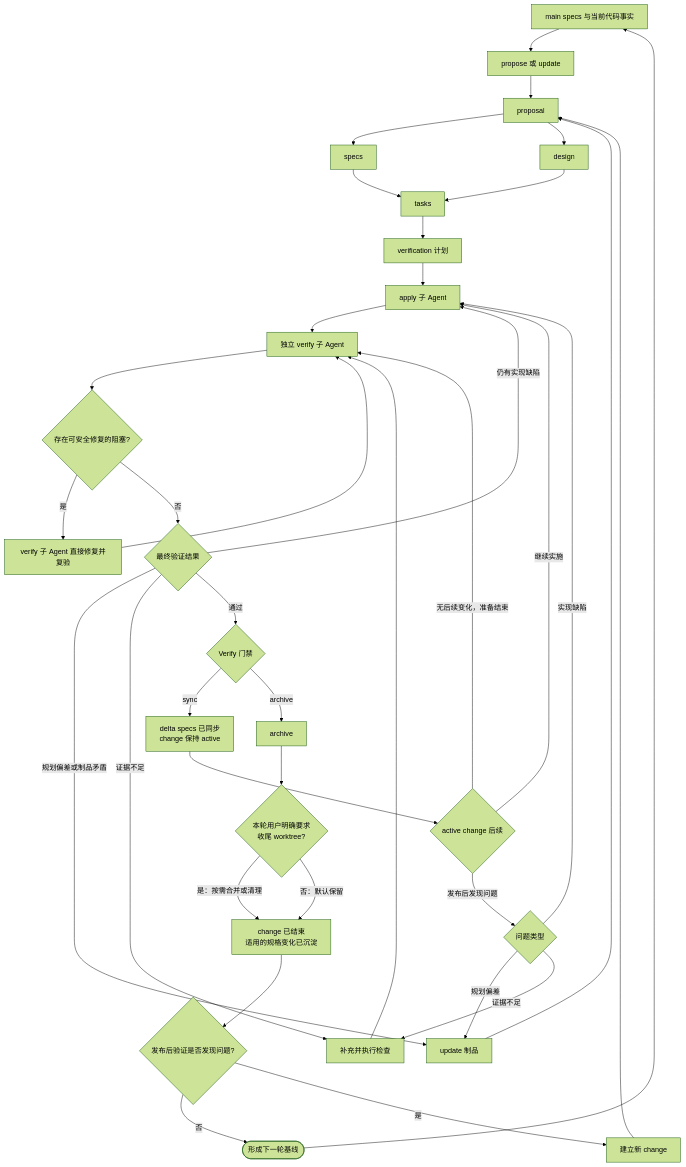
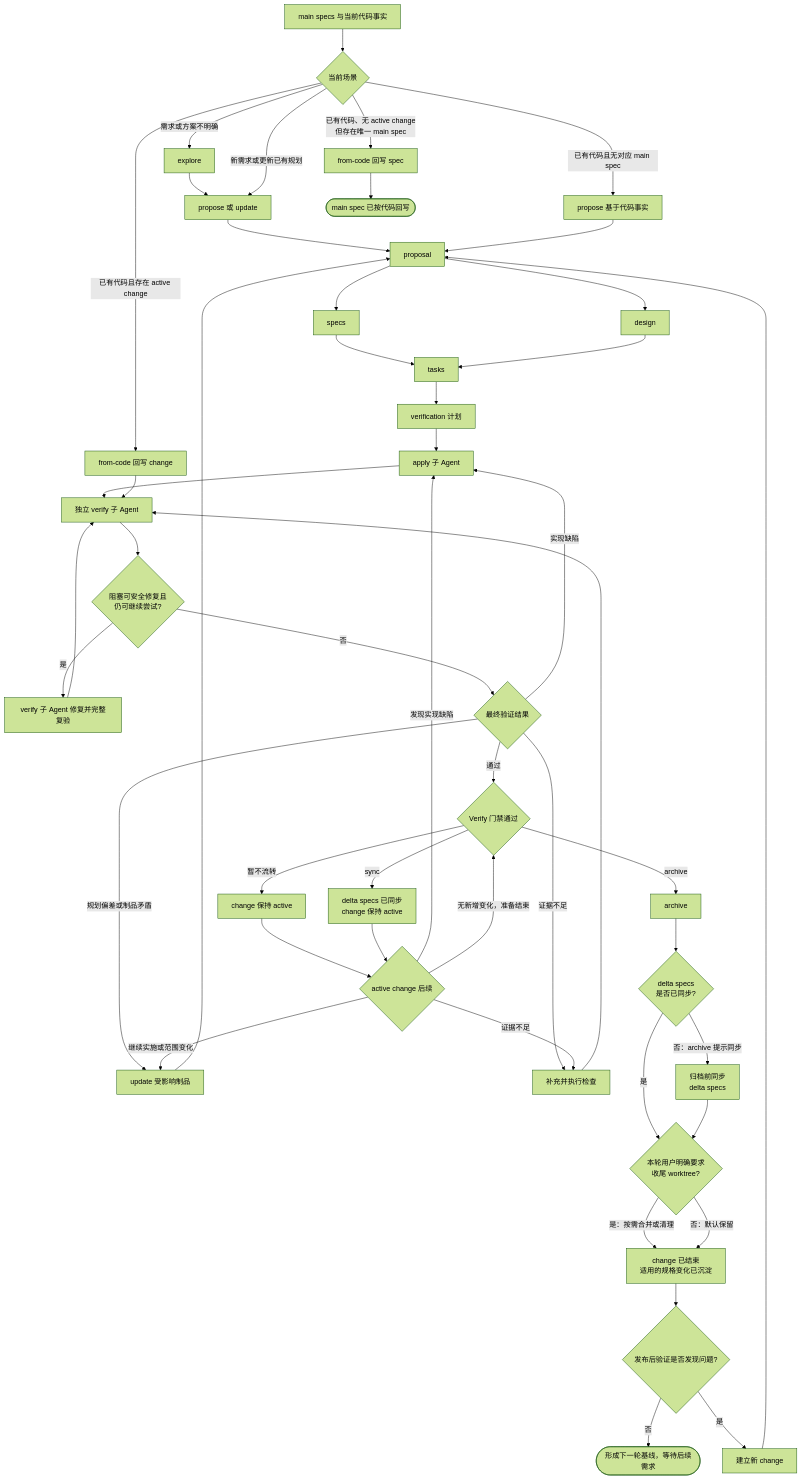
The second of 2 diagrams in docs/ai-sdd-workflow.md (youpinyao/ai-tools), drawn with Mermaid (forest theme) before and after one commit. The commit also changed other lines of this file, not shown here.

Commit message:
docs(openspec): 完善场景流程与同步归档关系
补全增强闭环的场景入口、验证回流边界，以及 archive 对未同步 delta specs 的处理流程。

````diff
--- a/docs/ai-sdd-workflow.md
+++ b/docs/ai-sdd-workflow.md
@@ -61,44 +67,56 @@
 ```mermaid
 flowchart TD
-    Baseline[main specs 与当前代码事实] --> Plan[propose 或 update]
+    Baseline[main specs 与当前代码事实] --> Entry{当前场景}
+    Entry -->|需求或方案不明确| Explore[explore]
+    Explore --> Plan[propose 或 update]
+    Entry -->|新需求或更新已有规划| Plan
+    Entry -->|已有代码且存在 active change| FromCodeChange[from-code 回写 change]
+    Entry -->|已有代码、无 active change<br/>但存在唯一 main spec| FromCodeSpec[from-code 回写 spec]
+    Entry -->|已有代码且无对应 main spec| ProposeFromCode[propose 基于代码事实]
+
     Plan --> Proposal[proposal]
+    ProposeFromCode --> Proposal
     Proposal --> Specs[specs]
     Proposal --> Design[design]
     Specs --> Tasks[tasks]
     Design --> Tasks
     Tasks --> VerificationPlan[verification 计划]
     VerificationPlan --> ApplyLoop[apply 子 Agent]
     ApplyLoop --> VerifyLoop[独立 verify 子 Agent]
-    VerifyLoop --> Repairable{存在可安全修复的阻塞?}
-    Repairable -->|是| RepairInVerify[verify 子 Agent 直接修复并复验]
+    FromCodeChange --> VerifyLoop
+    FromCodeSpec --> SpecDone([main spec 已按代码回写])
+    VerifyLoop --> Repairable{阻塞可安全修复且<br/>仍可继续尝试?}
+    Repairable -->|是| RepairInVerify[verify 子 Agent 修复并完整复验]
     RepairInVerify --> VerifyLoop
     Repairable -->|否| VerifyResult{最终验证结果}
 
-    VerifyResult -->|仍有实现缺陷| ApplyLoop
-    VerifyResult -->|规划偏差或制品矛盾| UpdateArtifacts[update 制品]
+    VerifyResult -->|实现缺陷| ApplyLoop
+    VerifyResult -->|规划偏差或制品矛盾| UpdateArtifacts[update 受影响制品]
     UpdateArtifacts --> Proposal
     VerifyResult -->|证据不足| AddChecks[补充并执行检查]
     AddChecks --> VerifyLoop
 
-    VerifyResult -->|通过| Gate{Verify 门禁}
+    VerifyResult -->|通过| Gate{Verify 门禁通过}
+    Gate -->|暂不流转| Active[change 保持 active]
     Gate -->|sync| Synced[delta specs 已同步<br/>change 保持 active]
-    Synced --> ActiveNext{active change 后续}
-    ActiveNext -->|继续实施| ApplyLoop
-    ActiveNext -->|发布后发现问题| ActiveProblem{问题类型}
-    ActiveProblem -->|实现缺陷| ApplyLoop
-    ActiveProblem -->|规划偏差| UpdateArtifacts
-    ActiveProblem -->|证据不足| AddChecks
-    ActiveNext -->|无后续变化，准备结束| VerifyLoop
-    Gate -->|archive| ArchiveLoop
+    Gate -->|archive| ArchiveLoop[archive]
 
-    ArchiveLoop[archive]
-    ArchiveLoop --> WorktreeFinish{本轮用户明确要求<br/>收尾 worktree?}
+    Active --> ActiveNext{active change 后续}
+    Synced --> ActiveNext
+    ActiveNext -->|继续实施或范围变化| UpdateArtifacts
+    ActiveNext -->|发现实现缺陷| ApplyLoop
+    ActiveNext -->|证据不足| AddChecks
+    ActiveNext -->|无新增变化，准备结束| Gate
+
+    ArchiveLoop --> SyncCheck{delta specs<br/>是否已同步?}
+    SyncCheck -->|否：archive 提示同步| ArchiveSync[归档前同步<br/>delta specs]
+    SyncCheck -->|是| WorktreeFinish{本轮用户明确要求<br/>收尾 worktree?}
+    ArchiveSync --> WorktreeFinish
     WorktreeFinish -->|是：按需合并或清理| Closed
     WorktreeFinish -->|否：默认保留| Closed
     Closed[change 已结束<br/>适用的规格变化已沉淀]
     Closed --> PostRelease{发布后验证是否发现问题?}
-    PostRelease -->|否| NewBaseline([形成下一轮基线])
-    NewBaseline --> Baseline
+    PostRelease -->|否| NewBaseline([形成下一轮基线，等待后续需求])
     PostRelease -->|是| NewChange[建立新 change]
     NewChange --> Proposal
 ```
````
